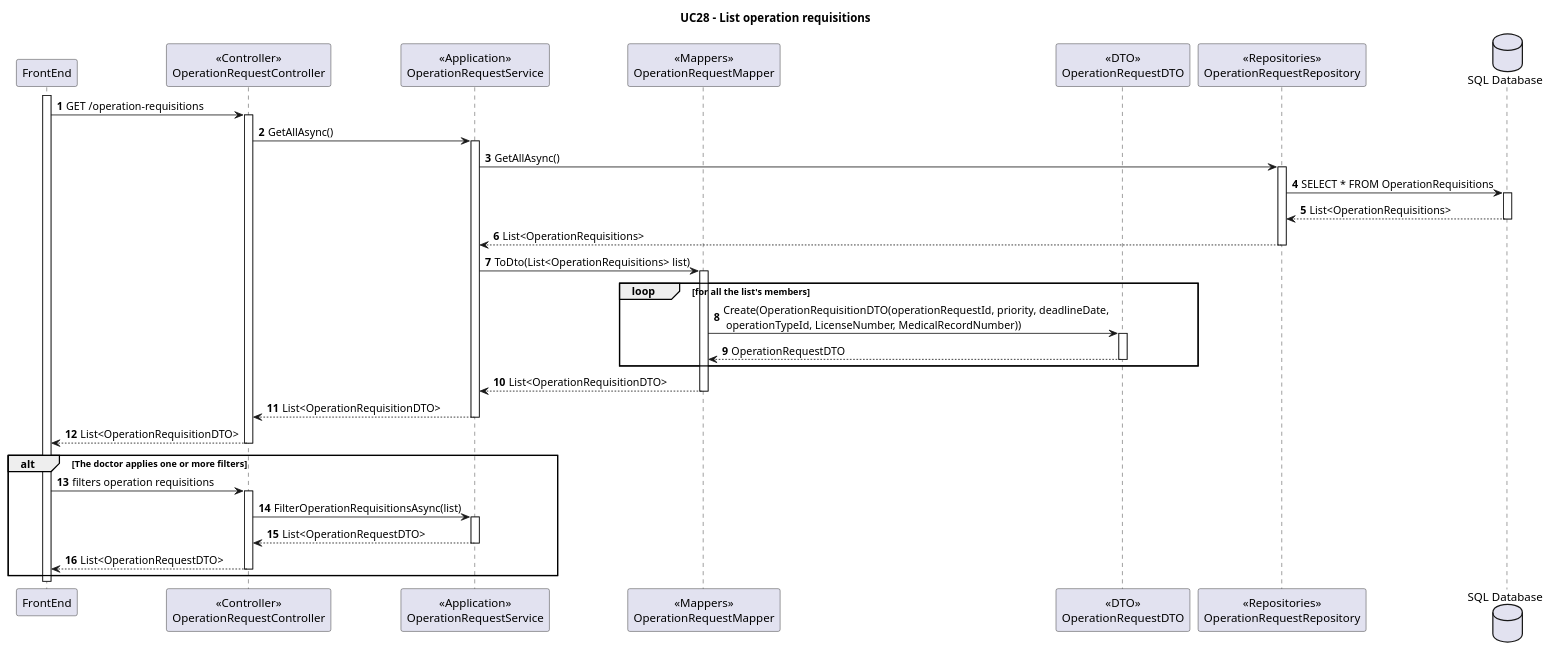
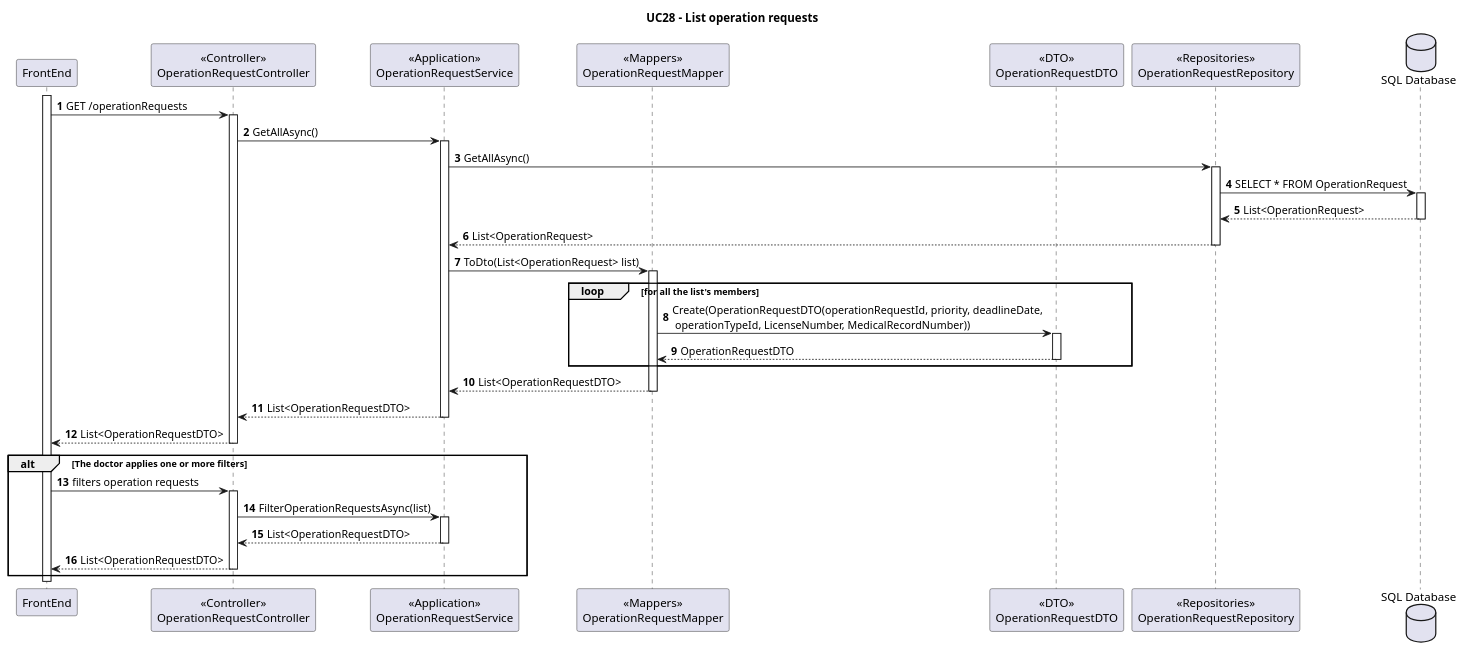
One commit to MiguelCardoso77/SurgicalSync-BackEnd changed the diagram in Wiki/SprintA/diagrams/use-cases/28-list-operation-requisitions/level3/backend-process-view.puml. Above: the diagram before and after it, drawn with PlantUML. The commit also changed 8 other files, not shown here.

```diff
--- a/Wiki/SprintA/diagrams/use-cases/28-list-operation-requisitions/level3/backend-process-view.puml
+++ b/Wiki/SprintA/diagrams/use-cases/28-list-operation-requisitions/level3/backend-process-view.puml
@@ -1,90 +1,90 @@
 @startuml
 autonumber
 
-Title "UC28 - List operation requisitions"
+Title "UC28 - List operation requests"
 
 participant "FrontEnd" as FE
 participant "<<Controller>>\nOperationRequestController" as C
 participant "<<Application>>\nOperationRequestService" as S
 participant "<<Mappers>>\nOperationRequestMapper" as M
 participant "<<DTO>>\nOperationRequestDTO" as DTO
 participant "<<Repositories>>\nOperationRequestRepository" as R
 database "SQL Database" as SQL
 
 activate FE
 
-FE -> C : GET /operation-requisitions
+FE -> C : GET /operationRequests
 
     activate C
     
     C -> S : GetAllAsync()
     
     activate S
     
     S -> R : GetAllAsync()
     
     activate R
     
-    R -> SQL : SELECT * FROM OperationRequisitions
+    R -> SQL : SELECT * FROM OperationRequest
     
     activate SQL
     
-    SQL --> R : List<OperationRequisitions>
+    SQL --> R : List<OperationRequest>
     
     deactivate SQL
     
-    R --> S : List<OperationRequisitions>
+    R --> S : List<OperationRequest>
     
     deactivate R
     
-    S -> M : ToDto(List<OperationRequisitions> list)
+    S -> M : ToDto(List<OperationRequest> list)
     
     activate M
     
     loop for all the list's members
     
-    M -> DTO : Create(OperationRequisitionDTO(operationRequestId, priority, deadlineDate,\n operationTypeId, LicenseNumber, MedicalRecordNumber))
+    M -> DTO : Create(OperationRequestDTO(operationRequestId, priority, deadlineDate,\n operationTypeId, LicenseNumber, MedicalRecordNumber))
     
     activate DTO
     
     DTO --> M : OperationRequestDTO
     
     deactivate DTO
     
     end
     
-    M --> S : List<OperationRequisitionDTO>
+    M --> S : List<OperationRequestDTO>
     
     deactivate M 
     
-    S --> C : List<OperationRequisitionDTO>
+    S --> C : List<OperationRequestDTO>
     
     deactivate S
     
-    C --> FE : List<OperationRequisitionDTO>
+    C --> FE : List<OperationRequestDTO>
     
     deactivate C 
     
     alt The doctor applies one or more filters
     
-    FE -> C : filters operation requisitions
+    FE -> C : filters operation requests
     
     activate C
     
-    C -> S : FilterOperationRequisitionsAsync(list)
+    C -> S : FilterOperationRequestsAsync(list)
     
     activate S
     
     S --> C : List<OperationRequestDTO>
     
     deactivate S 
     
     C --> FE : List<OperationRequestDTO>
     
     deactivate C 
     
     end 
     
 deactivate FE 
 
 @enduml
```
